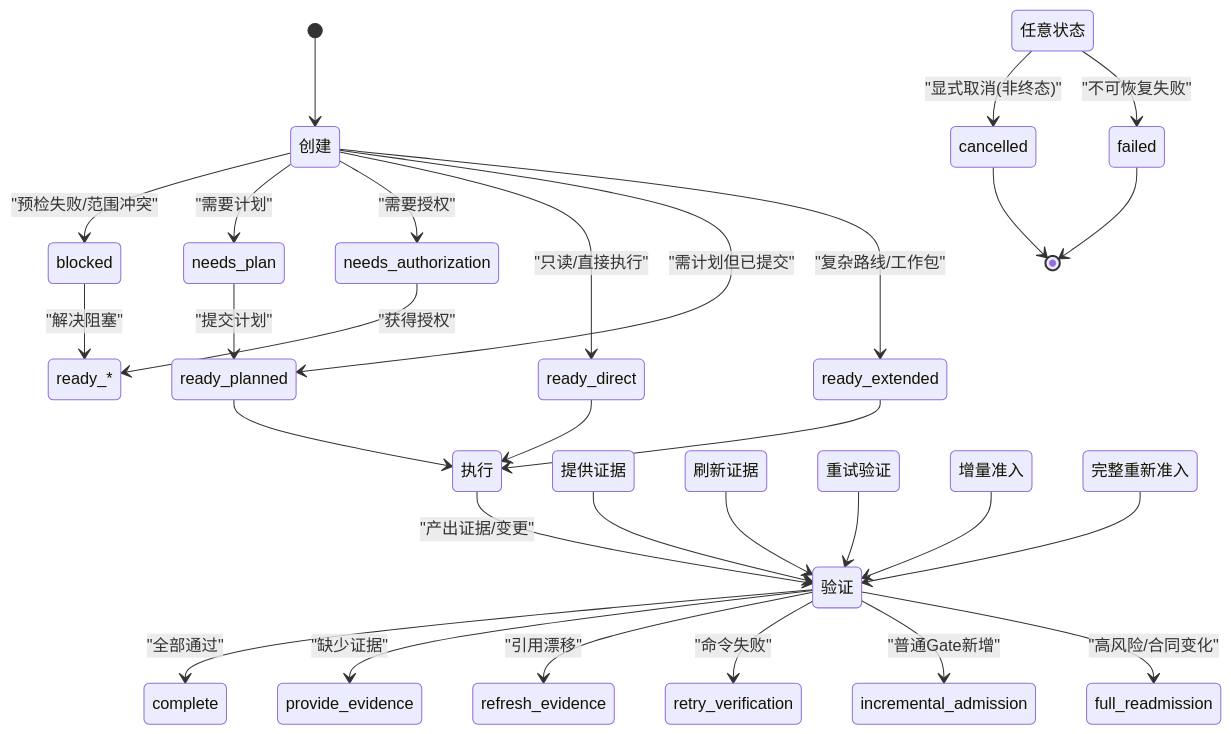
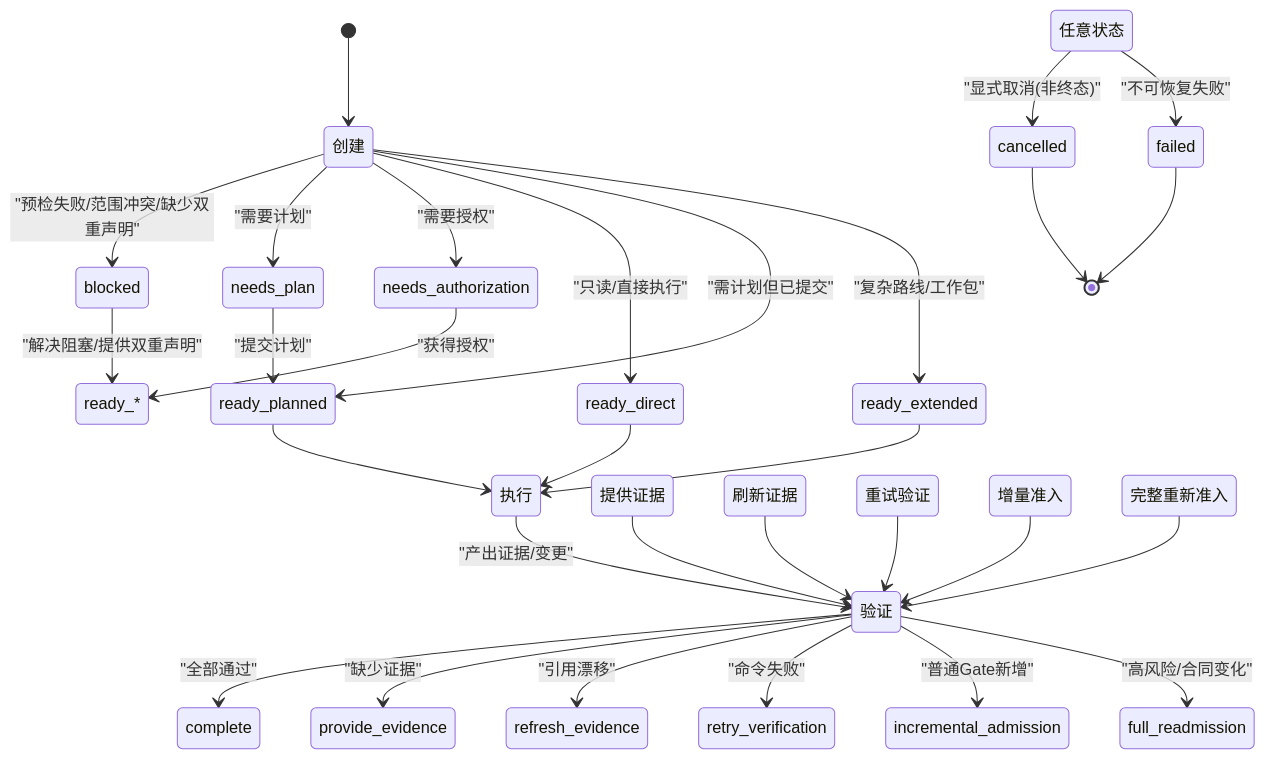
Before and after one commit to HackSing/docs-harness: the third of 4 diagrams in .qoder/repowiki/zh/content/任务管理/任务生命周期管理.md, drawn with Mermaid. The commit also changed other lines of this file and 27 other files, not shown here.

````diff
--- a/.qoder/repowiki/zh/content/任务管理/任务生命周期管理.md
+++ b/.qoder/repowiki/zh/content/任务管理/任务生命周期管理.md
@@ -209,32 +273,32 @@
 ```mermaid
 stateDiagram-v2
 [*] --> 创建
-创建 --> blocked : "预检失败/范围冲突"
+创建 --> blocked : "预检失败/范围冲突/缺少双重声明"
 创建 --> needs_plan : "需要计划"
 创建 --> needs_authorization : "需要授权"
 创建 --> ready_direct : "只读/直接执行"
 创建 --> ready_planned : "需计划但已提交"
 创建 --> ready_extended : "复杂路线/工作包"
-blocked --> ready_* : "解决阻塞"
+blocked --> ready_* : "解决阻塞/提供双重声明"
 needs_plan --> ready_planned : "提交计划"
 needs_authorization --> ready_* : "获得授权"
 ready_direct --> 执行
 ready_planned --> 执行
 ready_extended --> 执行
 执行 --> 验证 : "产出证据/变更"
 验证 --> complete : "全部通过"
 验证 --> provide_evidence : "缺少证据"
 验证 --> refresh_evidence : "引用漂移"
 验证 --> retry_verification : "命令失败"
 验证 --> incremental_admission : "普通Gate新增"
 验证 --> full_readmission : "高风险/合同变化"
 提供证据 --> 验证
 刷新证据 --> 验证
 重试验证 --> 验证
 增量准入 --> 验证
 完整重新准入 --> 验证
 任意状态 --> cancelled : "显式取消(非终态)"
 任意状态 --> failed : "不可恢复失败"
 cancelled --> [*]
 failed --> [*]
 ```
````
